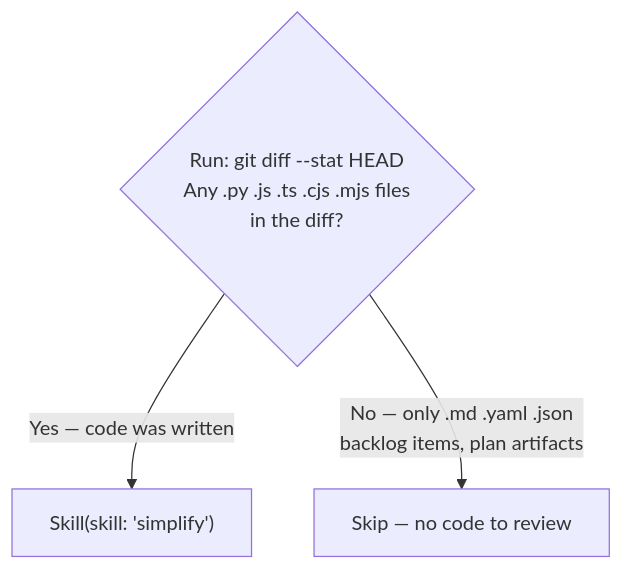
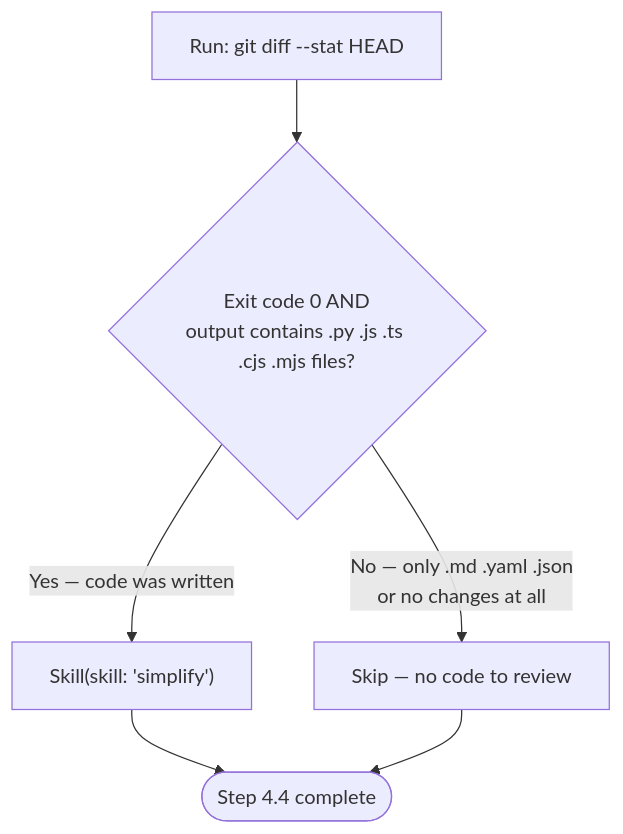
The second of 3 diagrams in plugins/development-harness/skills/work-backlog-item/references/workflows/work/plan.md (chgreer1070/claude_skills), drawn with Mermaid before and after one commit. The commit also changed other lines of this file and 3 other files, not shown here.

First line of the commit message:
refactor(dh): woo-sailor process optimization pass on verify-done and plan.md

````diff
--- a/plugins/development-harness/skills/work-backlog-item/references/workflows/work/plan.md
+++ b/plugins/development-harness/skills/work-backlog-item/references/workflows/work/plan.md
@@ -40,6 +82,8 @@
 ```mermaid
 flowchart TD
-    Q{"Run: git diff --stat HEAD<br>Any .py .js .ts .cjs .mjs files<br>in the diff?"}
+    Check["Run: git diff --stat HEAD"] --> Q{"Exit code 0 AND<br>output contains .py .js .ts .cjs .mjs files?"}
     Q -->|"Yes — code was written"| Run["Skill(skill: 'simplify')"]
-    Q -->|"No — only .md .yaml .json<br>backlog items, plan artifacts"| Skip["Skip — no code to review"]
+    Q -->|"No — only .md .yaml .json<br>or no changes at all"| Skip["Skip — no code to review"]
+    Run --> Done([Step 4.4 complete])
+    Skip --> Done
 ```
````
